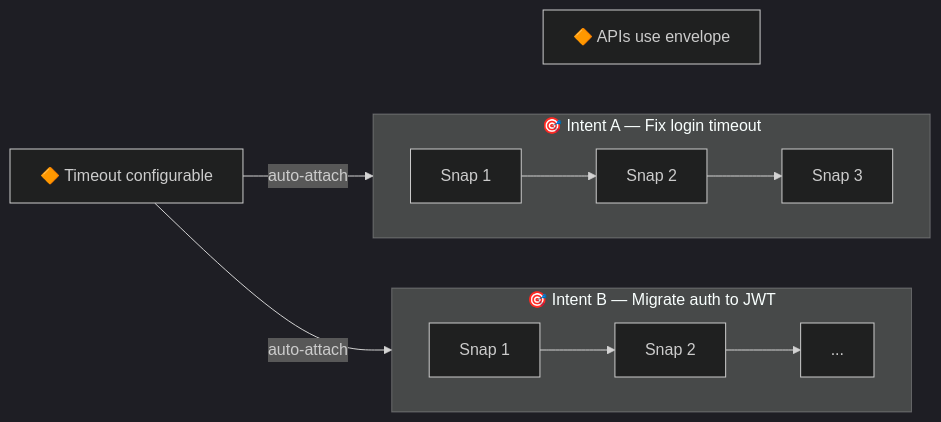
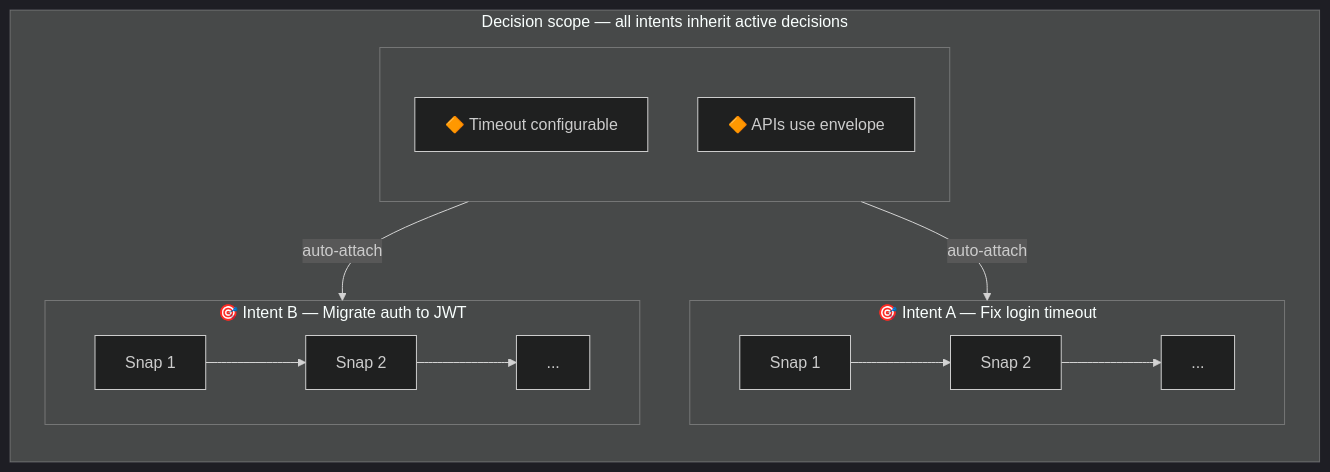
The second of 2 diagrams in README.md (dozybot001/Intent), drawn with Mermaid (dark theme) before and after one commit. The commit also changed 1 other file, not shown here.

Commit message:
Wrap object diagram in Decision scope, fix Decisions vertical stack
- Outer box shows Decision scope boundary
- Decisions subgraph with direction TB for vertical stacking
- Snap 3 changed to ... for alignment with Intent B

````diff
--- a/README.md
+++ b/README.md
@@ -56,19 +56,23 @@
 ```mermaid
 flowchart LR
-  D1["🔶 Timeout configurable"]
-  D2["🔶 APIs use envelope"]
-  D1 ~~~ D2
+  subgraph Scope["Decision scope — all intents inherit active decisions"]
+    subgraph Decisions[" "]
+      direction TB
+      D1["🔶 Timeout configurable"]
+      D2["🔶 APIs use envelope"]
+    end
 
-  subgraph IntentA["🎯 Intent A — Fix login timeout"]
-    direction LR
-    S1["Snap 1"] --> S2["Snap 2"] --> S3["Snap 3"]
-  end
+    subgraph IntentA["🎯 Intent A — Fix login timeout"]
+      direction LR
+      S1["Snap 1"] --> S2["Snap 2"] --> S3["..."]
+    end
 
-  subgraph IntentB["🎯 Intent B — Migrate auth to JWT"]
-    direction LR
-    S4["Snap 1"] --> S5["Snap 2"] --> S6["..."]
+    subgraph IntentB["🎯 Intent B — Migrate auth to JWT"]
+      direction LR
+      S4["Snap 1"] --> S5["Snap 2"] --> S6["..."]
+    end
   end
 
   D1 -- auto-attach --> IntentA
   D1 -- auto-attach --> IntentB
 ```
````
